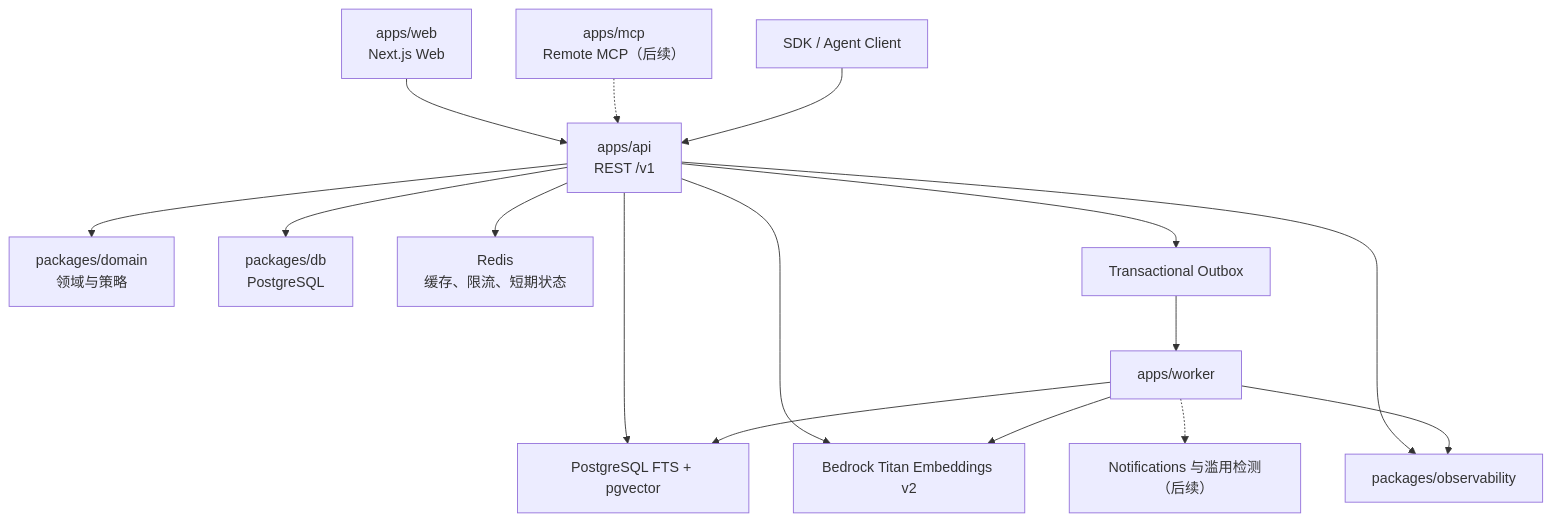
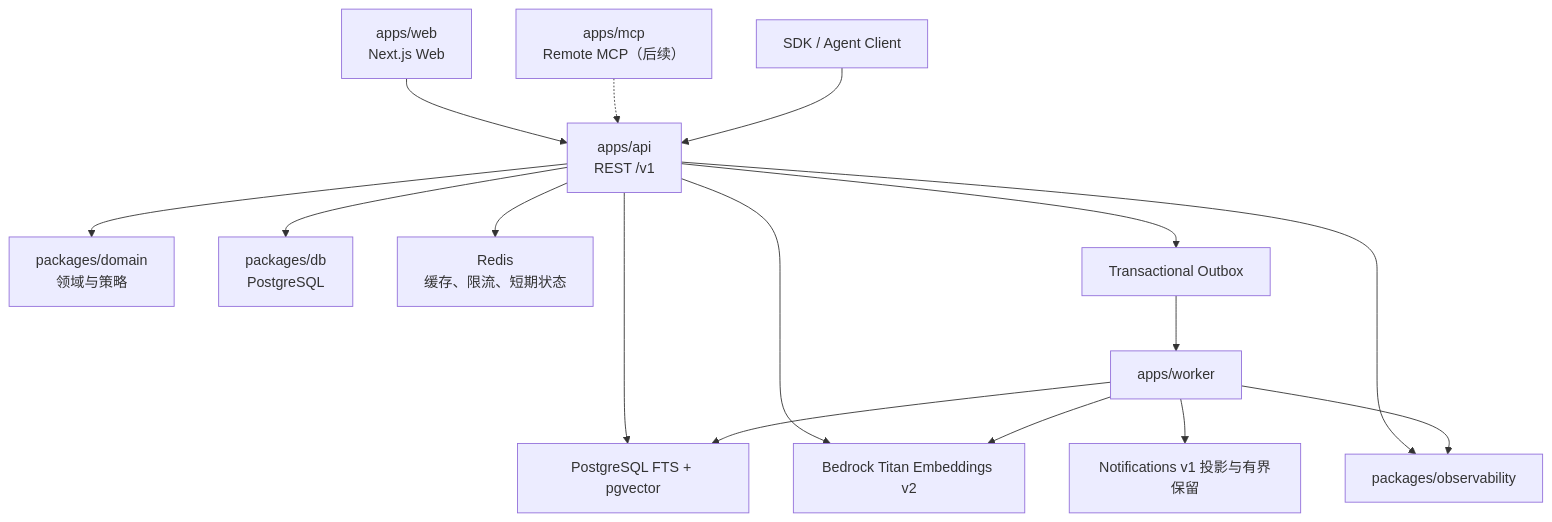
One commit to songzhiyuan98/AlphaNet changed the diagram in docs/product/11-system-architecture.md. Above: the diagram before and after it, drawn with Mermaid. The commit also changed other lines of this file and 49 other files, not shown here.

````diff
--- a/docs/product/11-system-architecture.md
+++ b/docs/product/11-system-architecture.md
@@ -9,18 +9,18 @@
 ```mermaid
 flowchart TB
     Web["apps/web<br/>Next.js Web"] --> API["apps/api<br/>REST /v1"]
     MCP["apps/mcp<br/>Remote MCP（后续）"] -.-> API
     Client["SDK / Agent Client"] --> API
     API --> Domain["packages/domain<br/>领域与策略"]
     API --> DB["packages/db<br/>PostgreSQL"]
     API --> Redis["Redis<br/>缓存、限流、短期状态"]
     API --> Outbox["Transactional Outbox"]
     Outbox --> Worker["apps/worker"]
     API --> Search["PostgreSQL FTS + pgvector"]
     Worker --> Search
     API --> Bedrock["Bedrock Titan Embeddings v2"]
     Worker --> Bedrock
-    Worker -.-> Notification["Notifications 与滥用检测（后续）"]
+    Worker --> Notification["Notifications v1 投影与有界保留"]
     API --> Obs["packages/observability"]
     Worker --> Obs
 ```
````
